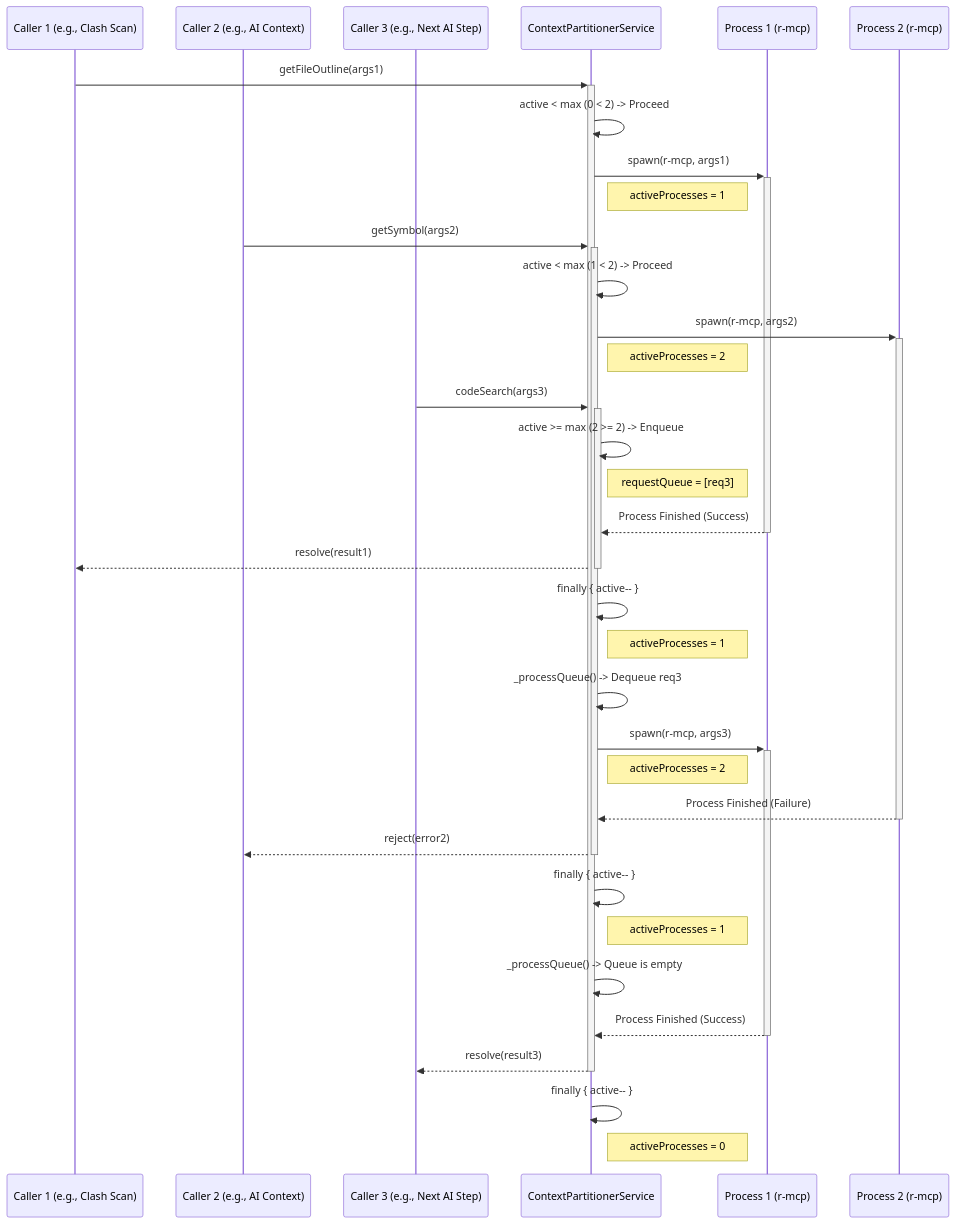
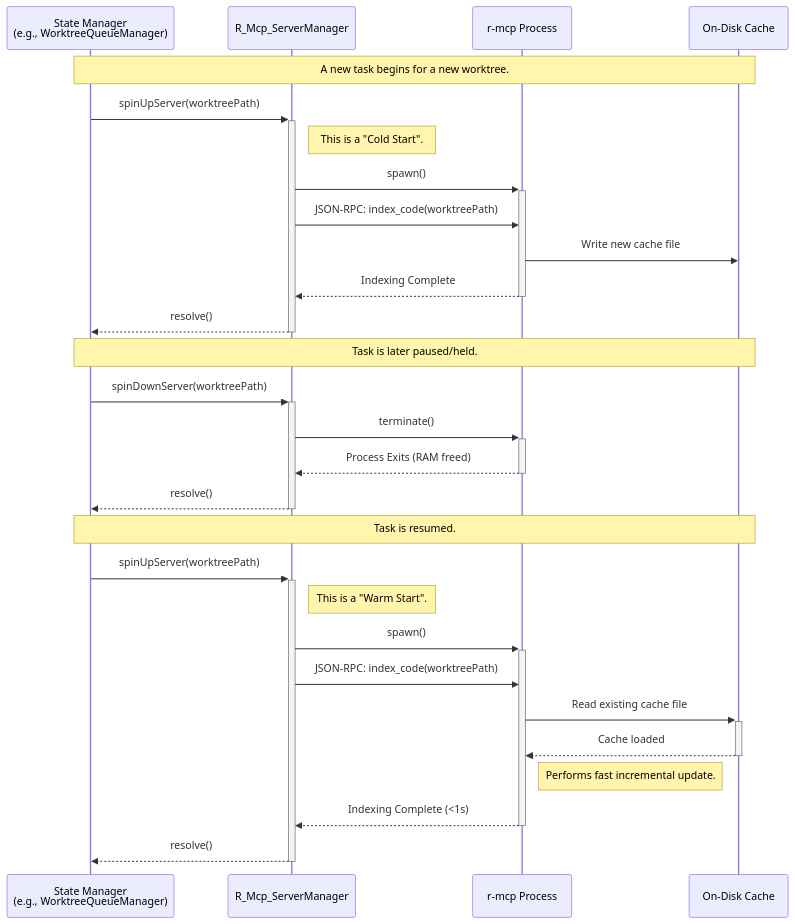
Before and after one commit to ZapoVerde/RoboSmith: the first of 2 diagrams in docs/architecture/r-mcp_Integration_and_Strategy.md, drawn with Mermaid. The commit also changed other lines of this file and 11 other files, not shown here.

Commit message:
Adjusted plan towards the server model for r-mcp. Implemented GitWorktreeManager P 3.1

````diff
--- a/docs/architecture/r-mcp_Integration_and_Strategy.md
+++ b/docs/architecture/r-mcp_Integration_and_Strategy.md
@@ -149,40 +116,33 @@
 ```mermaid
 sequenceDiagram
-    participant C1 as Caller 1 (e.g., Clash Scan)
-    participant C2 as Caller 2 (e.g., AI Context)
-    participant C3 as Caller 3 (e.g., Next AI Step)
-    participant CPS as ContextPartitionerService
-    participant P1 as Process 1 (r-mcp)
-    participant P2 as Process 2 (r-mcp)
+    participant StateManager as State Manager <br> (e.g., WorktreeQueueManager)
+    participant ServerManager as R_Mcp_ServerManager
+    participant r_mcp as r-mcp Process
+    participant DiskCache as On-Disk Cache
 
-    C1->>+CPS: getFileOutline(args1)
-    CPS->>CPS: active < max (0 < 2) -> Proceed
-    CPS->>+P1: spawn(r-mcp, args1)
-    note right of CPS: activeProcesses = 1
-    C2->>+CPS: getSymbol(args2)
-    CPS->>CPS: active < max (1 < 2) -> Proceed
-    CPS->>+P2: spawn(r-mcp, args2)
-    note right of CPS: activeProcesses = 2
-    C3->>+CPS: codeSearch(args3)
-    CPS->>CPS: active >= max (2 >= 2) -> Enqueue
-    note right of CPS: requestQueue = [req3]
+    Note over StateManager, DiskCache: A new task begins for a new worktree.
+    StateManager->>+ServerManager: spinUpServer(worktreePath)
+    Note right of ServerManager: This is a "Cold Start".
+    ServerManager->>+r_mcp: spawn()
+    ServerManager->>r_mcp: JSON-RPC: index_code(worktreePath)
+    r_mcp->>DiskCache: Write new cache file
+    r_mcp-->>-ServerManager: Indexing Complete
+    ServerManager-->>-StateManager: resolve()
 
-    P1-->>-CPS: Process Finished (Success)
-    CPS-->>-C1: resolve(result1)
-    CPS->>CPS: finally { active-- }
-    note right of CPS: activeProcesses = 1
-    CPS->>CPS: _processQueue() -> Dequeue req3
-    CPS->>+P1: spawn(r-mcp, args3)
-    note right of CPS: activeProcesses = 2
+    Note over StateManager, DiskCache: Task is later paused/held.
+    StateManager->>+ServerManager: spinDownServer(worktreePath)
+    ServerManager->>+r_mcp: terminate()
+    r_mcp-->>-ServerManager: Process Exits (RAM freed)
+    ServerManager-->>-StateManager: resolve()
 
-    P2-->>-CPS: Process Finished (Failure)
-    CPS-->>-C2: reject(error2)
-    CPS->>CPS: finally { active-- }
-    note right of CPS: activeProcesses = 1
-    CPS->>CPS: _processQueue() -> Queue is empty
-
-    P1-->>-CPS: Process Finished (Success)
-    CPS-->>-C3: resolve(result3)
-    CPS->>CPS: finally { active-- }
-    note right of CPS: activeProcesses = 0
+    Note over StateManager, DiskCache: Task is resumed.
+    StateManager->>+ServerManager: spinUpServer(worktreePath)
+    Note right of ServerManager: This is a "Warm Start".
+    ServerManager->>+r_mcp: spawn()
+    ServerManager->>r_mcp: JSON-RPC: index_code(worktreePath)
+    r_mcp->>+DiskCache: Read existing cache file
+    DiskCache-->>-r_mcp: Cache loaded
+    Note right of r_mcp: Performs fast incremental update.
+    r_mcp-->>-ServerManager: Indexing Complete (<1s)
+    ServerManager-->>-StateManager: resolve()
 ```
````
